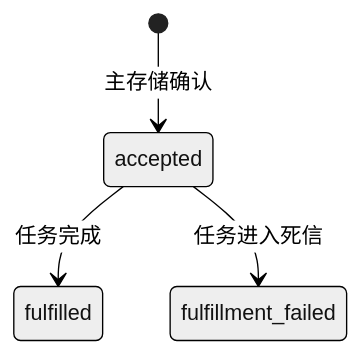
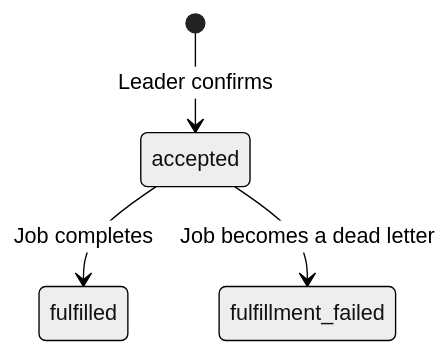
The sixth of 8 diagrams in docs/architecture.md (iamorangedad/OrangeDistributedSystem), drawn with Mermaid (neutral theme) before and after one commit. The commit also changed other lines of this file and 52 other files, not shown here.

````diff
--- a/docs/architecture.md
+++ b/docs/architecture.md
@@ -146,6 +146,6 @@
 ```mermaid
 stateDiagram-v2
-  [*] --> accepted: 主存储确认
-  accepted --> fulfilled: 任务完成
-  accepted --> fulfillment_failed: 任务进入死信
+  [*] --> accepted: Leader confirms
+  accepted --> fulfilled: Job completes
+  accepted --> fulfillment_failed: Job becomes a dead letter
 ```
````
